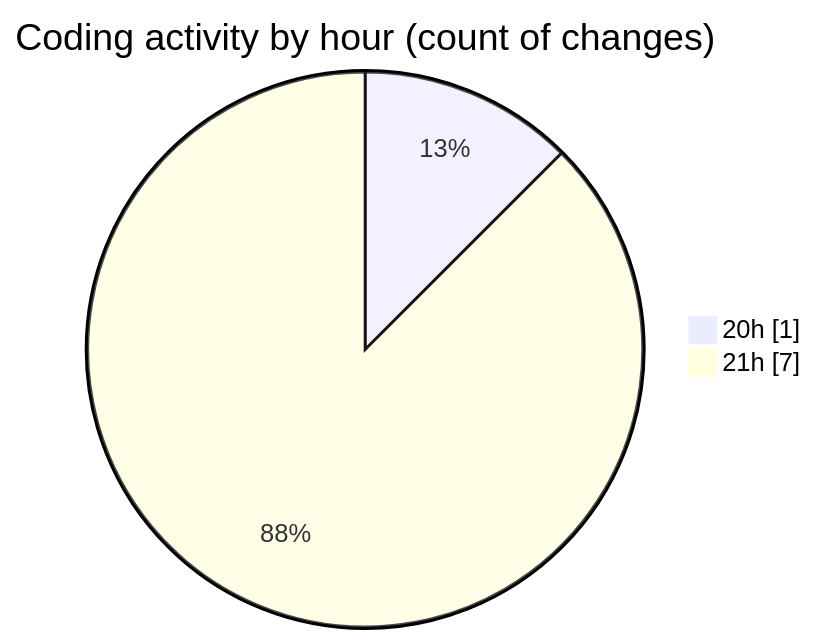
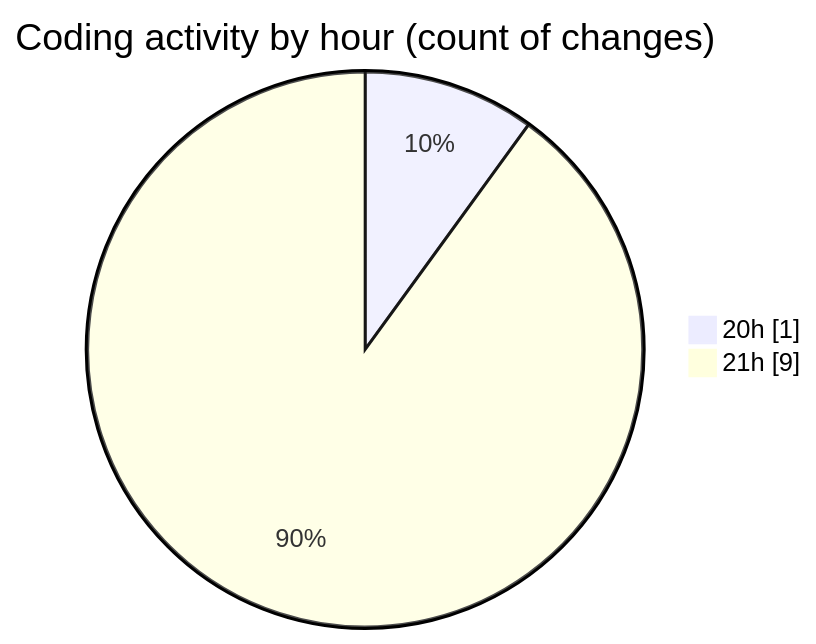
The second of 2 diagrams in 2026-02-26/shadcn-admin-kit-main__workspace_/README.md (jadenblack/code-tracking), drawn with Mermaid before and after one commit. The commit also changed other lines of this file and 1 other file, not shown here.

````diff
--- a/2026-02-26/shadcn-admin-kit-main__workspace_/README.md
+++ b/2026-02-26/shadcn-admin-kit-main__workspace_/README.md
@@ -29,6 +31,6 @@
 ```mermaid
 pie showData
 title Coding activity by hour (count of changes)
 "20h" : 1
-"21h" : 7
+"21h" : 9
 ```
````
